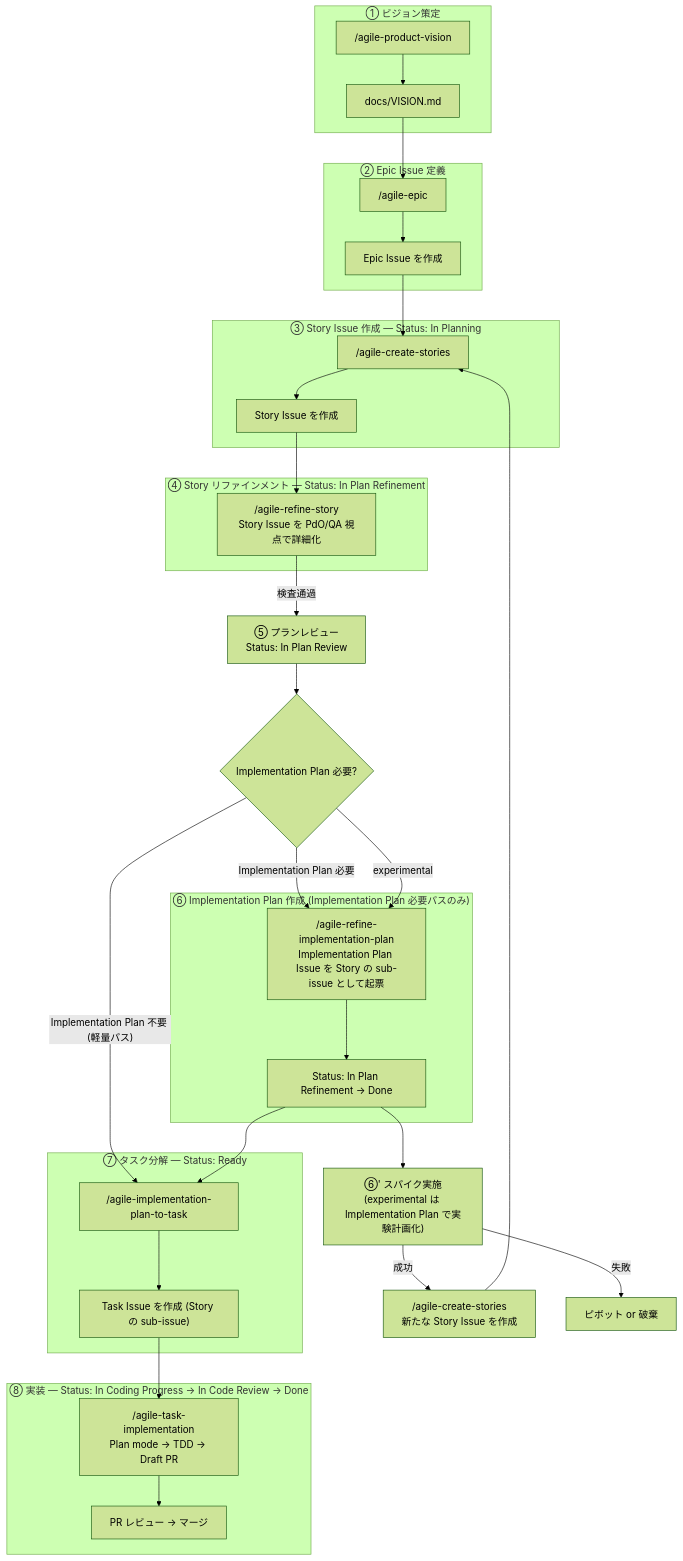
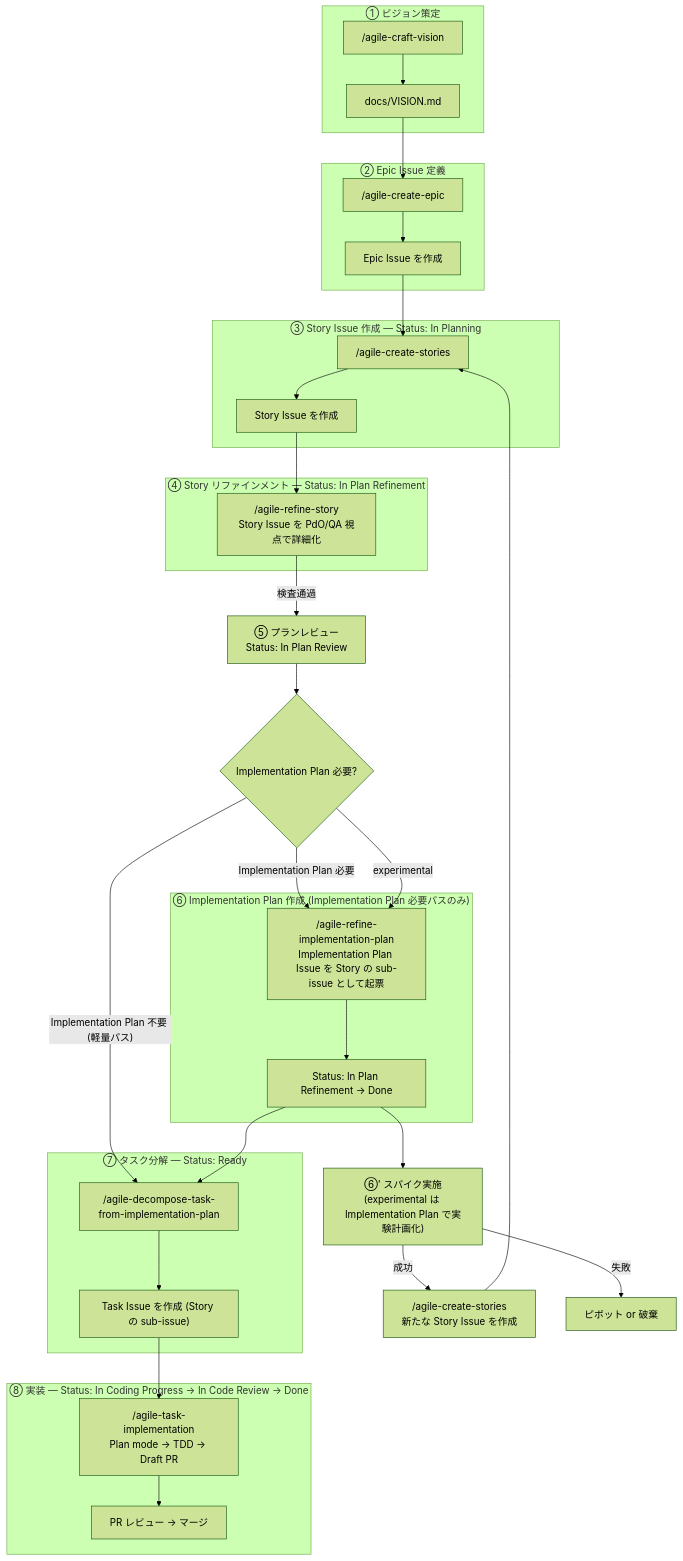
The diagram in docs/agile-workflow/README.md (mrtry-lab/skills), drawn with Mermaid (forest theme) before and after one commit. The commit also changed other lines of this file and 24 other files, not shown here.

````diff
--- a/docs/agile-workflow/README.md
+++ b/docs/agile-workflow/README.md
@@ -30,64 +30,64 @@
 ```mermaid
 flowchart TB
   subgraph vision["① ビジョン策定"]
-    v1["/agile-product-vision"]
+    v1["/agile-craft-vision"]
     v2["docs/VISION.md"]
     v1 --> v2
   end
 
   subgraph epicdef["② Epic Issue 定義"]
-    e1["/agile-epic"]
+    e1["/agile-create-epic"]
     e2["Epic Issue を作成"]
     e1 --> e2
   end
 
   subgraph planning["③ Story Issue 作成 — Status: In Planning"]
     b1["/agile-create-stories"]
     b2["Story Issue を作成"]
     b1 --> b2
   end
 
   subgraph refinement["④ Story リファインメント — Status: In Plan Refinement"]
     r1["/agile-refine-story\nStory Issue を PdO/QA 視点で詳細化"]
   end
 
   review["⑤ プランレビュー\nStatus: In Plan Review"]
 
   plan_decision{"Implementation Plan 必要?"}
 
   subgraph plan_phase["⑥ Implementation Plan 作成 (Implementation Plan 必要パスのみ)"]
     p1["/agile-refine-implementation-plan\nImplementation Plan Issue を Story の sub-issue として起票"]
     p2["Status: In Plan Refinement → Done"]
     p1 --> p2
   end
 
   subgraph taskphase["⑦ タスク分解 — Status: Ready"]
-    t1["/agile-implementation-plan-to-task"]
+    t1["/agile-decompose-task-from-implementation-plan"]
     t2["Task Issue を作成 (Story の sub-issue)"]
     t1 --> t2
   end
 
   subgraph coding["⑧ 実装 — Status: In Coding Progress → In Code Review → Done"]
     c1["/agile-task-implementation\nPlan mode → TDD → Draft PR"]
     c2["PR レビュー → マージ"]
     c1 --> c2
   end
 
   spike["⑥' スパイク実施\n(experimental は Implementation Plan で実験計画化)"]
   newstory["/agile-create-stories\n新たな Story Issue を作成"]
   pivot["ピボット or 破棄"]
 
   v2 --> e1
   e2 --> b1
   b2 --> r1
   r1 -- "検査通過" --> review --> plan_decision
   plan_decision -- "Implementation Plan 必要" --> p1
   plan_decision -- "Implementation Plan 不要 (軽量パス)" --> t1
   p2 --> t1
   t2 --> c1
   plan_decision -- "experimental" --> p1
   p2 --> spike
   spike -- "成功" --> newstory
   spike -- "失敗" --> pivot
   newstory --> b1
 ```
````
